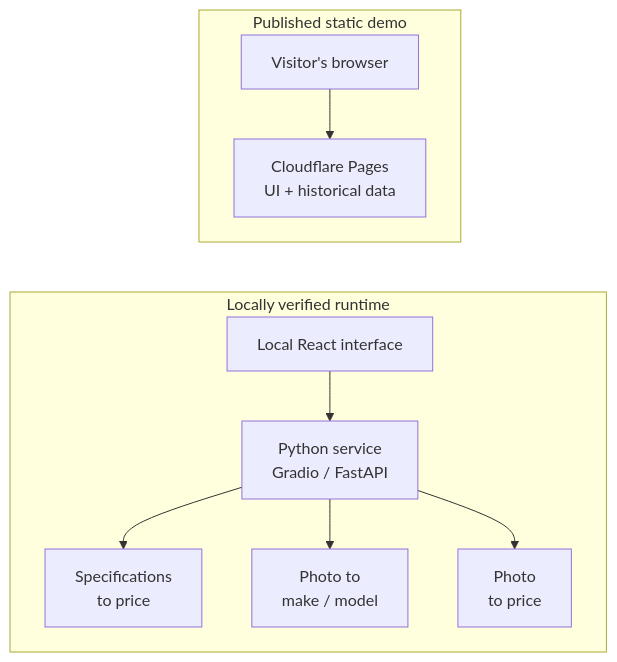
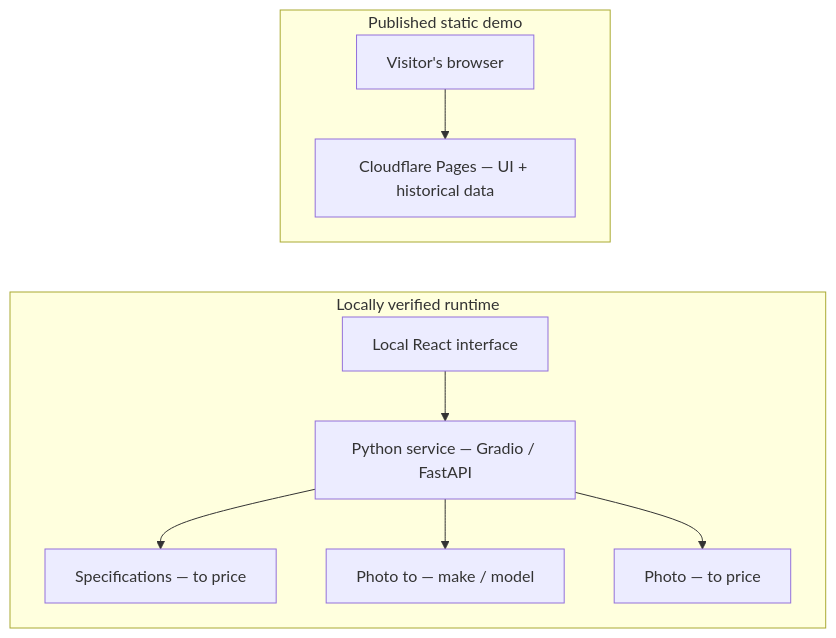
Before and after one commit to mega-eng/saer: the diagram in README.md, drawn with Mermaid. The commit also changed other lines of this file, not shown here.

````diff
--- a/README.md
+++ b/README.md
@@ -77,14 +80,14 @@
 ```mermaid
 flowchart TB
     subgraph Published["Published static demo"]
-        Visitor["Visitor's browser"] --> Pages["Cloudflare Pages<br/>UI + historical data"]
+        Visitor["Visitor's browser"] --> Pages["Cloudflare Pages — UI + historical data"]
     end
     subgraph Local["Locally verified runtime"]
-        UI["Local React interface"] --> API["Python service<br/>Gradio / FastAPI"]
-        API --> Specs["Specifications<br/>to price"]
-        API --> Identity["Photo to<br/>make / model"]
-        API --> ImagePrice["Photo<br/>to price"]
+        UI["Local React interface"] --> API["Python service — Gradio / FastAPI"]
+        API --> Specs["Specifications — to price"]
+        API --> Identity["Photo to — make / model"]
+        API --> ImagePrice["Photo — to price"]
     end
     %% Invisible layout link, not a service connection.
     Pages ~~~ UI
 ```
````
